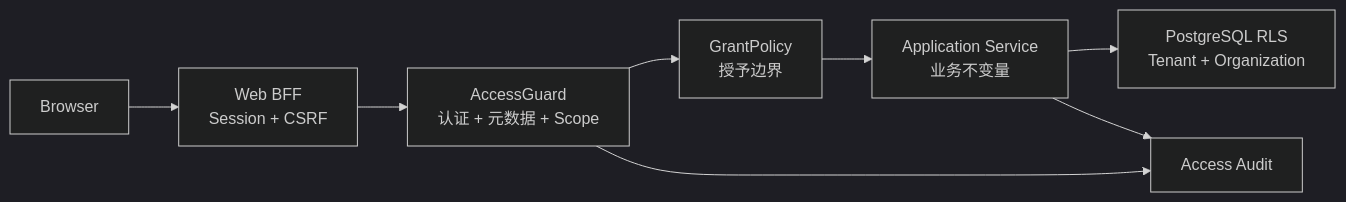
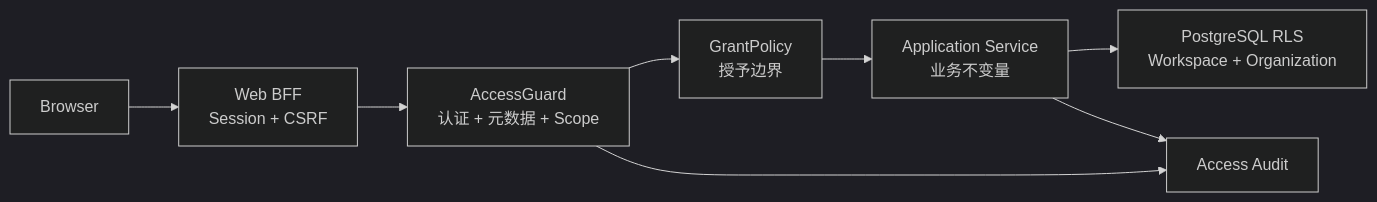
One commit to AyalaKaguya/hermes-swarm changed the diagram in docs/architecture/access-control-remediation-plan.md. Above: the diagram before and after it, drawn with Mermaid (dark theme). The commit also changed other lines of this file and 12 other files, not shown here.

Commit message:
Document workspace architecture and API contracts

````diff
--- a/docs/architecture/access-control-remediation-plan.md
+++ b/docs/architecture/access-control-remediation-plan.md
@@ -88,10 +88,10 @@
 ```mermaid
 flowchart LR
   Browser["Browser"] --> BFF["Web BFF<br/>Session + CSRF"]
   BFF --> Guard["AccessGuard<br/>认证 + 元数据 + Scope"]
   Guard --> Grant["GrantPolicy<br/>授予边界"]
   Grant --> Service["Application Service<br/>业务不变量"]
-  Service --> RLS["PostgreSQL RLS<br/>Tenant + Organization"]
+  Service --> RLS["PostgreSQL RLS<br/>Workspace + Organization"]
   Guard --> Audit["Access Audit"]
   Service --> Audit
 ```
````
